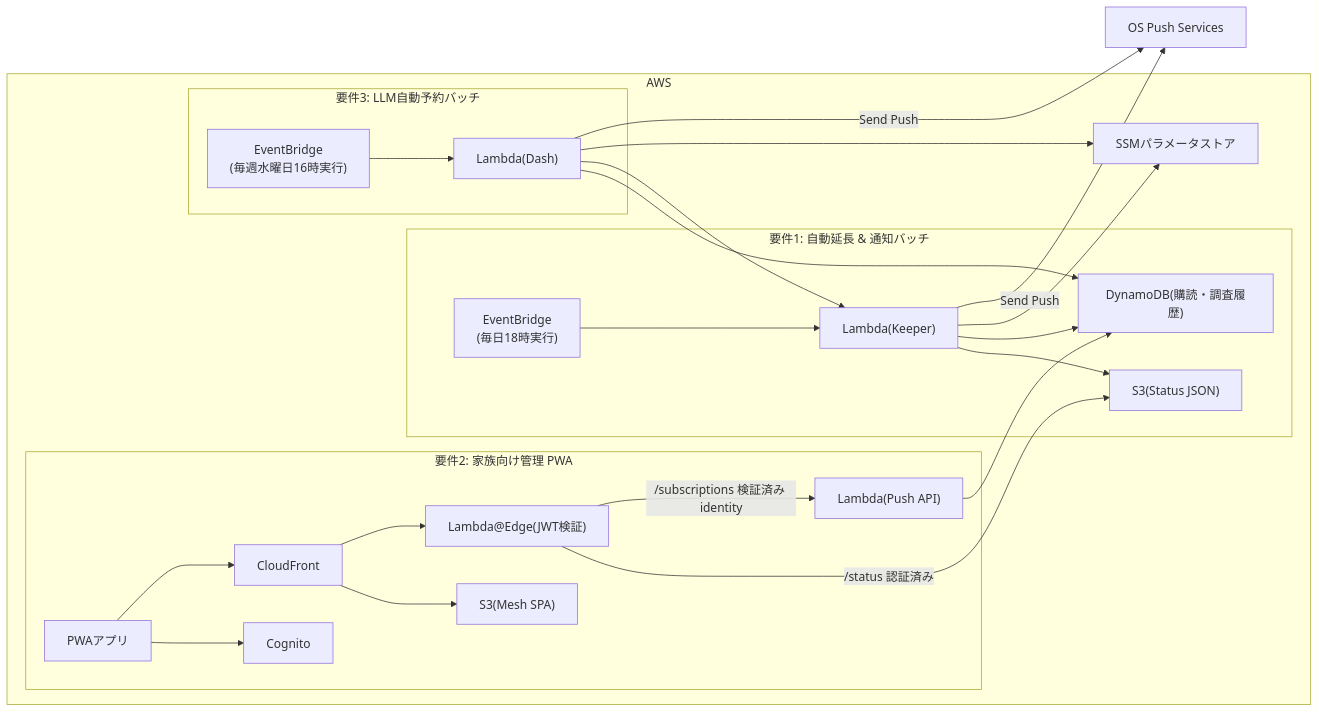
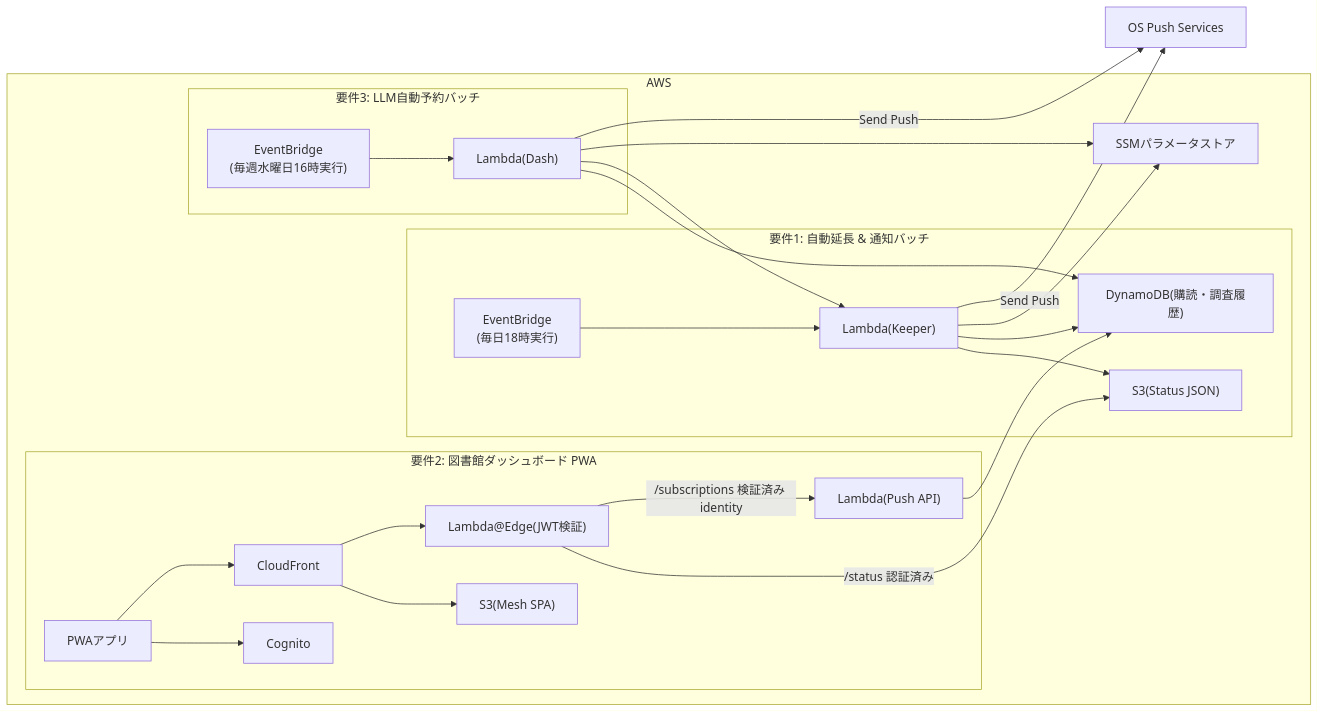
The diagram in AGENTS.md (nimzo6689/higalibra), drawn with Mermaid before and after one commit. The commit also changed other lines of this file and 17 other files, not shown here.

Commit message:
fix: 「図書館ダッシュボード」に名称を変更

````diff
--- a/AGENTS.md
+++ b/AGENTS.md
@@ -23,48 +23,48 @@
 ```mermaid
 graph LR
     OSPush["OS Push Services"]
 
     subgraph AWS ["AWS"]
         DynamoDB["DynamoDB(購読・調査履歴)"]
         StatusS3["S3(Status JSON)"]
         MeshS3["S3(Mesh SPA)"]
         Cognito["Cognito"]
         CDN["CloudFront"]
         EDGE["Lambda@Edge(JWT検証)"]
         Push["Lambda(Push API)"]
 
         subgraph Req1 ["要件1: 自動延長 & 通知バッチ"]
             Scheduler1["EventBridge<br/>(毎日18時実行)"]
             Job1["Lambda(Keeper)"]
             Scheduler1 --> Job1
             Job1 --> StatusS3
             Job1 --> DynamoDB
         end
 
-        subgraph Req2 ["要件2: 家族向け管理 PWA"]
+        subgraph Req2 ["要件2: 図書館ダッシュボード PWA"]
             Front["PWAアプリ"]
             Front --> Cognito
             Front --> CDN
             CDN --> MeshS3
             CDN --> EDGE
             EDGE -->|/status 認証済み| StatusS3
             EDGE -->|/subscriptions 検証済み identity| Push
             Push --> DynamoDB
         end
 
         subgraph Req3 ["要件3: LLM自動予約バッチ"]
             Scheduler2["EventBridge<br/>(毎週水曜日16時実行)"]
             Job2["Lambda(Dash)"]
             Scheduler2 --> Job2
             Job2 --> DynamoDB
             Job2 --> Job1
         end
 
         ParameterStore["SSMパラメータストア"]
         Job1 --> ParameterStore
         Job2 --> ParameterStore
     end
 
     Job1 -- "Send Push" --> OSPush
     Job2 -- "Send Push" --> OSPush
 ```
````
